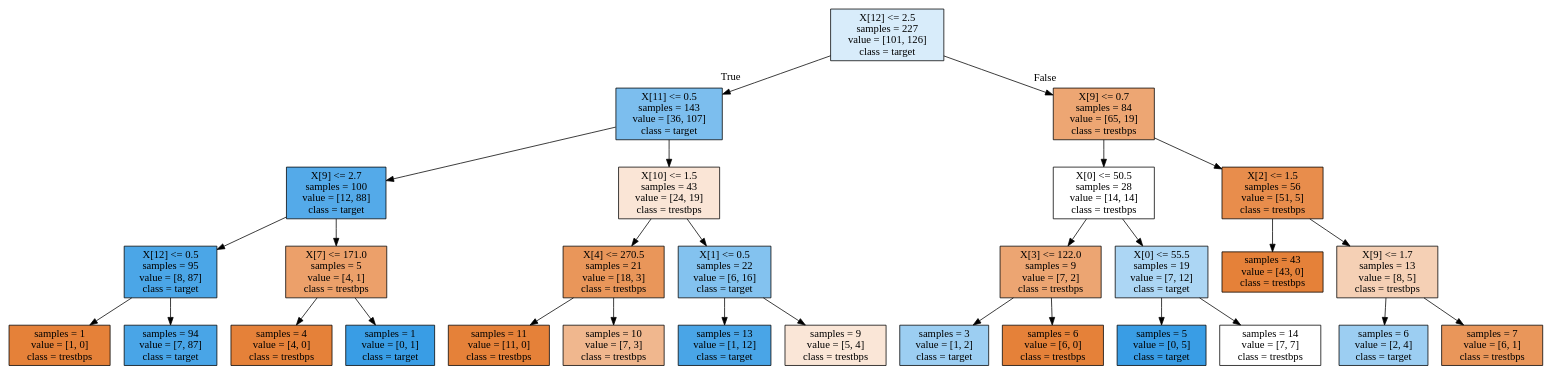
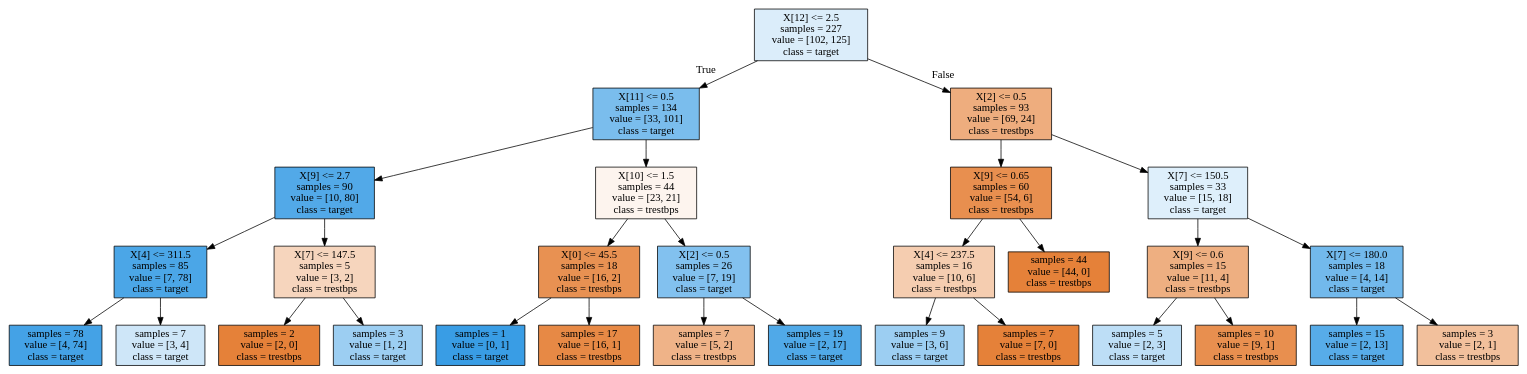
The diagram in lab4/tree.dot (breadrock1/ML-labs), drawn with Graphviz before and after one commit. The commit also changed 4 other files, not shown here.

```diff
--- a/lab4/tree.dot
+++ b/lab4/tree.dot
@@ -1,60 +1,60 @@
 digraph Tree {
 node [shape=box, style="filled", color="black"] ;
-0 [label="X[12] <= 2.5\nsamples = 227\nvalue = [101, 126]\nclass = target", fillcolor="#d8ecfa"] ;
-1 [label="X[11] <= 0.5\nsamples = 143\nvalue = [36, 107]\nclass = target", fillcolor="#7cbeee"] ;
+0 [label="X[12] <= 2.5\nsamples = 227\nvalue = [102, 125]\nclass = target", fillcolor="#dbedfa"] ;
+1 [label="X[11] <= 0.5\nsamples = 134\nvalue = [33, 101]\nclass = target", fillcolor="#7abded"] ;
 0 -> 1 [labeldistance=2.5, labelangle=45, headlabel="True"] ;
-2 [label="X[9] <= 2.7\nsamples = 100\nvalue = [12, 88]\nclass = target", fillcolor="#54aae9"] ;
+2 [label="X[9] <= 2.7\nsamples = 90\nvalue = [10, 80]\nclass = target", fillcolor="#52a9e8"] ;
 1 -> 2 ;
-3 [label="X[12] <= 0.5\nsamples = 95\nvalue = [8, 87]\nclass = target", fillcolor="#4ba6e7"] ;
+3 [label="X[4] <= 311.5\nsamples = 85\nvalue = [7, 78]\nclass = target", fillcolor="#4ba6e7"] ;
 2 -> 3 ;
-4 [label="samples = 1\nvalue = [1, 0]\nclass = trestbps", fillcolor="#e58139"] ;
+4 [label="samples = 78\nvalue = [4, 74]\nclass = target", fillcolor="#44a2e6"] ;
 3 -> 4 ;
-5 [label="samples = 94\nvalue = [7, 87]\nclass = target", fillcolor="#49a5e7"] ;
+5 [label="samples = 7\nvalue = [3, 4]\nclass = target", fillcolor="#cee6f8"] ;
 3 -> 5 ;
-6 [label="X[7] <= 171.0\nsamples = 5\nvalue = [4, 1]\nclass = trestbps", fillcolor="#eca06a"] ;
+6 [label="X[7] <= 147.5\nsamples = 5\nvalue = [3, 2]\nclass = trestbps", fillcolor="#f6d5bd"] ;
 2 -> 6 ;
-7 [label="samples = 4\nvalue = [4, 0]\nclass = trestbps", fillcolor="#e58139"] ;
+7 [label="samples = 2\nvalue = [2, 0]\nclass = trestbps", fillcolor="#e58139"] ;
 6 -> 7 ;
-8 [label="samples = 1\nvalue = [0, 1]\nclass = target", fillcolor="#399de5"] ;
+8 [label="samples = 3\nvalue = [1, 2]\nclass = target", fillcolor="#9ccef2"] ;
 6 -> 8 ;
-9 [label="X[10] <= 1.5\nsamples = 43\nvalue = [24, 19]\nclass = trestbps", fillcolor="#fae5d6"] ;
+9 [label="X[10] <= 1.5\nsamples = 44\nvalue = [23, 21]\nclass = trestbps", fillcolor="#fdf4ee"] ;
 1 -> 9 ;
-10 [label="X[4] <= 270.5\nsamples = 21\nvalue = [18, 3]\nclass = trestbps", fillcolor="#e9965a"] ;
+10 [label="X[0] <= 45.5\nsamples = 18\nvalue = [16, 2]\nclass = trestbps", fillcolor="#e89152"] ;
 9 -> 10 ;
-11 [label="samples = 11\nvalue = [11, 0]\nclass = trestbps", fillcolor="#e58139"] ;
+11 [label="samples = 1\nvalue = [0, 1]\nclass = target", fillcolor="#399de5"] ;
 10 -> 11 ;
-12 [label="samples = 10\nvalue = [7, 3]\nclass = trestbps", fillcolor="#f0b78e"] ;
+12 [label="samples = 17\nvalue = [16, 1]\nclass = trestbps", fillcolor="#e78945"] ;
 10 -> 12 ;
-13 [label="X[1] <= 0.5\nsamples = 22\nvalue = [6, 16]\nclass = target", fillcolor="#83c2ef"] ;
+13 [label="X[2] <= 0.5\nsamples = 26\nvalue = [7, 19]\nclass = target", fillcolor="#82c1ef"] ;
 9 -> 13 ;
-14 [label="samples = 13\nvalue = [1, 12]\nclass = target", fillcolor="#49a5e7"] ;
+14 [label="samples = 7\nvalue = [5, 2]\nclass = trestbps", fillcolor="#efb388"] ;
 13 -> 14 ;
-15 [label="samples = 9\nvalue = [5, 4]\nclass = trestbps", fillcolor="#fae6d7"] ;
+15 [label="samples = 19\nvalue = [2, 17]\nclass = target", fillcolor="#50a9e8"] ;
 13 -> 15 ;
-16 [label="X[9] <= 0.7\nsamples = 84\nvalue = [65, 19]\nclass = trestbps", fillcolor="#eda673"] ;
+16 [label="X[2] <= 0.5\nsamples = 93\nvalue = [69, 24]\nclass = trestbps", fillcolor="#eead7e"] ;
 0 -> 16 [labeldistance=2.5, labelangle=-45, headlabel="False"] ;
-17 [label="X[0] <= 50.5\nsamples = 28\nvalue = [14, 14]\nclass = trestbps", fillcolor="#ffffff"] ;
+17 [label="X[9] <= 0.65\nsamples = 60\nvalue = [54, 6]\nclass = trestbps", fillcolor="#e88f4f"] ;
 16 -> 17 ;
-18 [label="X[3] <= 122.0\nsamples = 9\nvalue = [7, 2]\nclass = trestbps", fillcolor="#eca572"] ;
+18 [label="X[4] <= 237.5\nsamples = 16\nvalue = [10, 6]\nclass = trestbps", fillcolor="#f5cdb0"] ;
 17 -> 18 ;
-19 [label="samples = 3\nvalue = [1, 2]\nclass = target", fillcolor="#9ccef2"] ;
+19 [label="samples = 9\nvalue = [3, 6]\nclass = target", fillcolor="#9ccef2"] ;
 18 -> 19 ;
-20 [label="samples = 6\nvalue = [6, 0]\nclass = trestbps", fillcolor="#e58139"] ;
+20 [label="samples = 7\nvalue = [7, 0]\nclass = trestbps", fillcolor="#e58139"] ;
 18 -> 20 ;
-21 [label="X[0] <= 55.5\nsamples = 19\nvalue = [7, 12]\nclass = target", fillcolor="#acd6f4"] ;
+21 [label="samples = 44\nvalue = [44, 0]\nclass = trestbps", fillcolor="#e58139"] ;
 17 -> 21 ;
-22 [label="samples = 5\nvalue = [0, 5]\nclass = target", fillcolor="#399de5"] ;
-21 -> 22 ;
-23 [label="samples = 14\nvalue = [7, 7]\nclass = trestbps", fillcolor="#ffffff"] ;
-21 -> 23 ;
-24 [label="X[2] <= 1.5\nsamples = 56\nvalue = [51, 5]\nclass = trestbps", fillcolor="#e88d4c"] ;
-16 -> 24 ;
-25 [label="samples = 43\nvalue = [43, 0]\nclass = trestbps", fillcolor="#e58139"] ;
-24 -> 25 ;
-26 [label="X[9] <= 1.7\nsamples = 13\nvalue = [8, 5]\nclass = trestbps", fillcolor="#f5d0b5"] ;
-24 -> 26 ;
-27 [label="samples = 6\nvalue = [2, 4]\nclass = target", fillcolor="#9ccef2"] ;
+22 [label="X[7] <= 150.5\nsamples = 33\nvalue = [15, 18]\nclass = target", fillcolor="#deeffb"] ;
+16 -> 22 ;
+23 [label="X[9] <= 0.6\nsamples = 15\nvalue = [11, 4]\nclass = trestbps", fillcolor="#eeaf81"] ;
+22 -> 23 ;
+24 [label="samples = 5\nvalue = [2, 3]\nclass = target", fillcolor="#bddef6"] ;
+23 -> 24 ;
+25 [label="samples = 10\nvalue = [9, 1]\nclass = trestbps", fillcolor="#e88f4f"] ;
+23 -> 25 ;
+26 [label="X[7] <= 180.0\nsamples = 18\nvalue = [4, 14]\nclass = target", fillcolor="#72b9ec"] ;
+22 -> 26 ;
+27 [label="samples = 15\nvalue = [2, 13]\nclass = target", fillcolor="#57ace9"] ;
 26 -> 27 ;
-28 [label="samples = 7\nvalue = [6, 1]\nclass = trestbps", fillcolor="#e9965a"] ;
+28 [label="samples = 3\nvalue = [2, 1]\nclass = trestbps", fillcolor="#f2c09c"] ;
 26 -> 28 ;
 }
```
